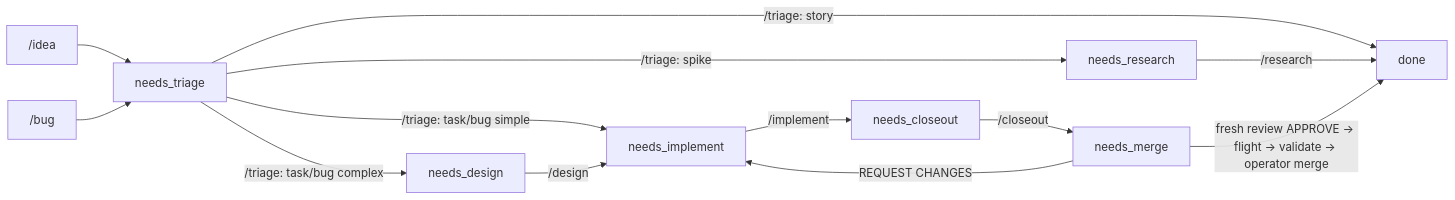
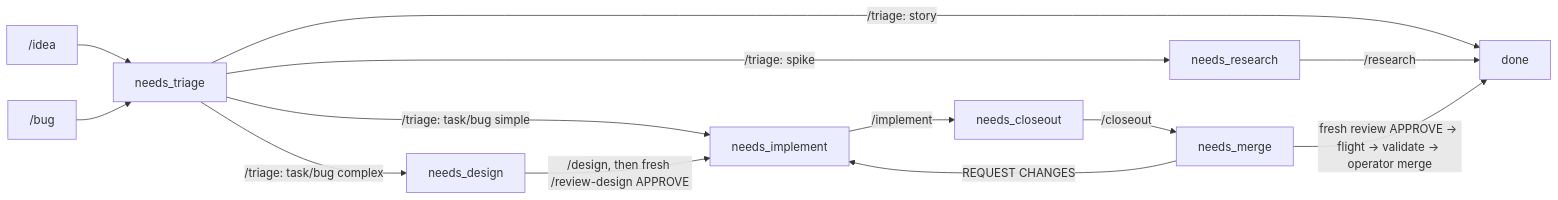
One commit to cogni-dao/cogni changed the diagram in docs/spec/development-lifecycle.md. Above: the diagram before and after it, drawn with Mermaid. The commit also changed other lines of this file and 7 other files, not shown here.

````diff
--- a/docs/spec/development-lifecycle.md
+++ b/docs/spec/development-lifecycle.md
@@ -96,15 +96,15 @@
 ```mermaid
 graph LR
   idea["/idea"] --> needs_triage
   bug_cmd["/bug"] --> needs_triage
   needs_triage -->|"/triage: story"| done
   needs_triage -->|"/triage: spike"| needs_research
   needs_triage -->|"/triage: task/bug complex"| needs_design
   needs_triage -->|"/triage: task/bug simple"| needs_implement
   needs_research -->|"/research"| done
-  needs_design -->|"/design"| needs_implement
+  needs_design -->|"/design, then fresh /review-design APPROVE"| needs_implement
   needs_implement -->|"/implement"| needs_closeout
   needs_closeout -->|"/closeout"| needs_merge
   needs_merge -->|"fresh review APPROVE → flight → validate → operator merge"| done
   needs_merge -->|"REQUEST CHANGES"| needs_implement
 ```
````
